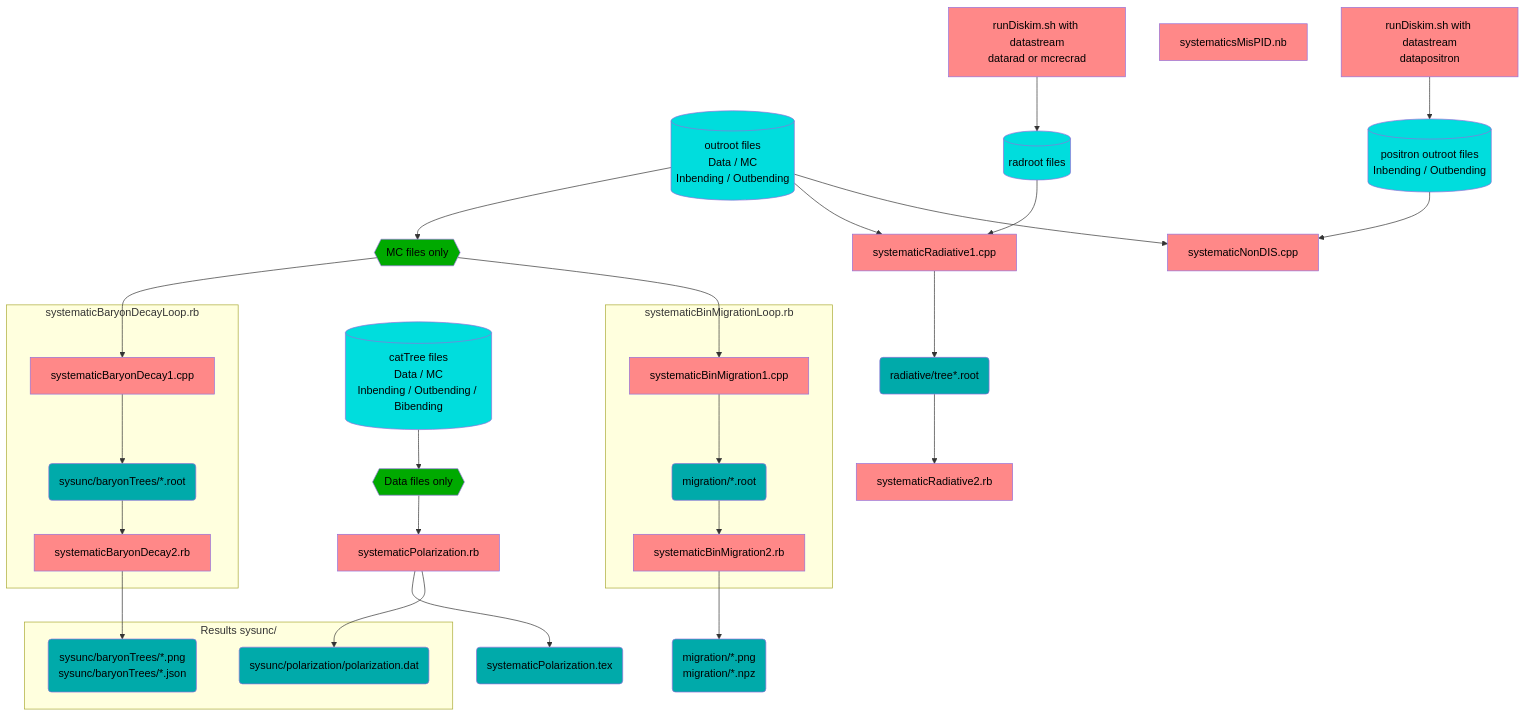
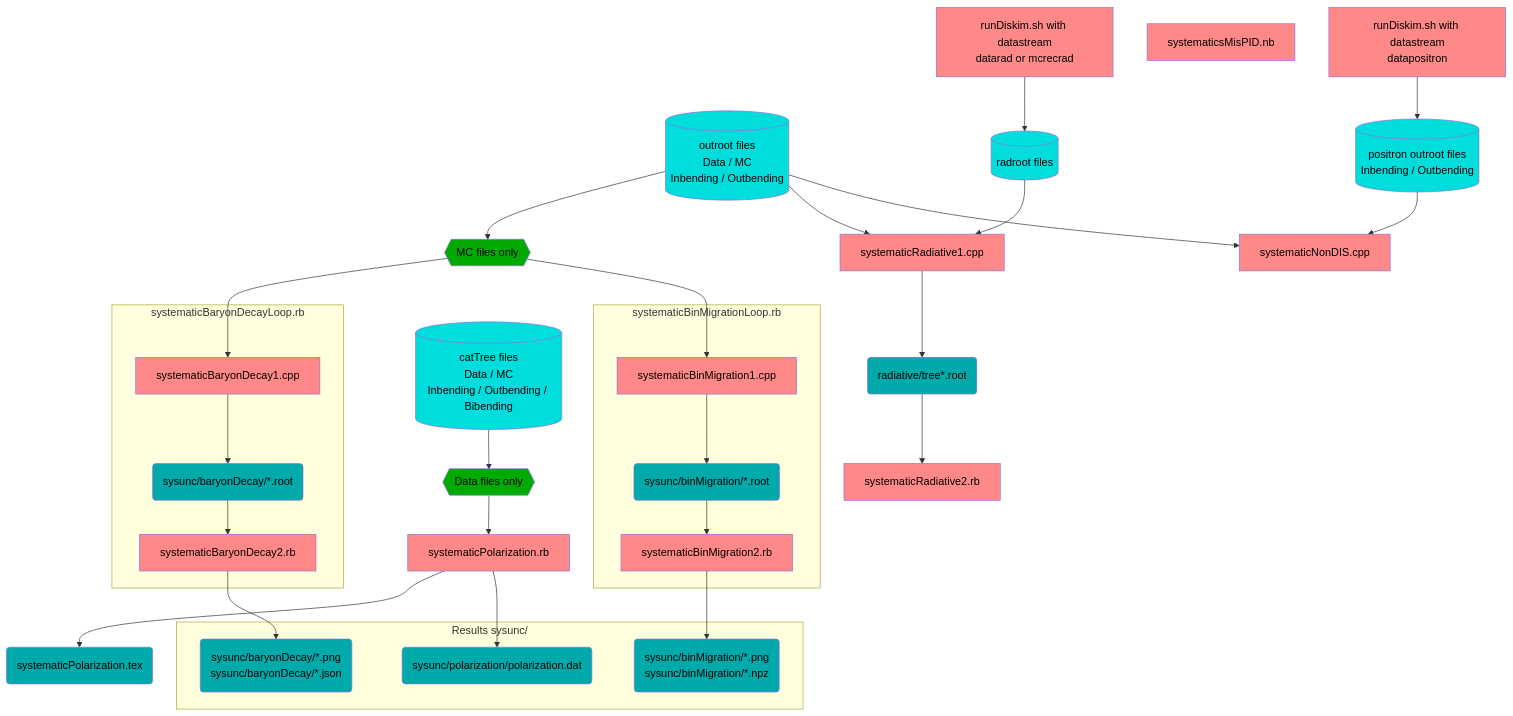
The second of 2 diagrams in README.md (c-dilks/dispin), drawn with Mermaid before and after one commit. The commit also changed 7 other files, not shown here.

````diff
--- a/README.md
+++ b/README.md
@@ -158,59 +158,60 @@
 ```mermaid
 flowchart TB
   classDef alg fill:#ff8888,color:black
   classDef data fill:#00aaaa,color:black
   classDef bigdata fill:#00dddd,color:black
   classDef op fill:#00aa00,color:black
 
   CatTrees[(catTree files<br/>Data / MC<br/>Inbending / Outbending / Bibending)]:::bigdata
   CatTreesOnlyData{{Data files only}}:::op
   CatTrees --> CatTreesOnlyData
 
   Outroots[(outroot files<br/>Data / MC<br/>Inbending / Outbending)]:::bigdata
   OutrootsOnlyMC{{MC files only}}:::op
   Outroots --> OutrootsOnlyMC
 
   PolAlg[systematicPolarization.rb]:::alg
   Pol(systematicPolarization.tex):::data
   CatTreesOnlyData --> PolAlg --> Pol
 
   subgraph systematicBaryonDecayLoop.rb
       BaryonAlg1[systematicBaryonDecay1.cpp]:::alg
-      BaryonTrees(sysunc/baryonTrees/*.root):::data
+      BaryonTrees(sysunc/baryonDecay/*.root):::data
       BaryonAlg2[systematicBaryonDecay2.rb]:::alg
   end
   OutrootsOnlyMC --> BaryonAlg1 --> BaryonTrees --> BaryonAlg2
 
   subgraph systematicBinMigrationLoop.rb
       MigrationAlg1[systematicBinMigration1.cpp]:::alg
-      MigrationRoots(migration/*.root):::data
+      MigrationRoots(sysunc/binMigration/*.root):::data
       MigrationAlg2[systematicBinMigration2.rb]:::alg
   end
-  MigrationResult(migration/*.png<br/>migration/*.npz):::data
-  OutrootsOnlyMC --> MigrationAlg1 --> MigrationRoots --> MigrationAlg2 --> MigrationResult
+  OutrootsOnlyMC --> MigrationAlg1 --> MigrationRoots --> MigrationAlg2
 
   RunDiskimRad[runDiskim.sh with datastream<br/>datarad or mcrecrad]:::alg
   RadRoots[(radroot files)]:::bigdata
   RadAlg1[systematicRadiative1.cpp]:::alg
   RadTrees(radiative/tree*.root):::data
   RadAlg2[systematicRadiative2.rb]:::alg
   Outroots --> RadAlg1
   RunDiskimRad --> RadRoots --> RadAlg1
   RadAlg1 --> RadTrees --> RadAlg2
 
   MisPID[systematicsMisPID.nb]:::alg
 
   RunDiskimPositron[runDiskim.sh with datastream<br/>datapositron]:::alg
   PositronRoots[(positron outroot files<br/>Inbending / Outbending)]:::bigdata
   PositronAlg[systematicNonDIS.cpp]:::alg
   RunDiskimPositron --> PositronRoots
   Outroots --> PositronAlg
   PositronRoots --> PositronAlg
 
   subgraph Results sysunc/
       PolResult(sysunc/polarization/polarization.dat):::data
-      BaryonResult(sysunc/baryonTrees/*.png<br/>sysunc/baryonTrees/*.json):::data
+      BaryonResult(sysunc/baryonDecay/*.png<br/>sysunc/baryonDecay/*.json):::data
+      MigrationResult(sysunc/binMigration/*.png<br/>sysunc/binMigration/*.npz):::data
   end
-  PolAlg --> PolResult
-  BaryonAlg2 --> BaryonResult
+  PolAlg        --> PolResult
+  BaryonAlg2    --> BaryonResult
+  MigrationAlg2 --> MigrationResult
 ```
````
